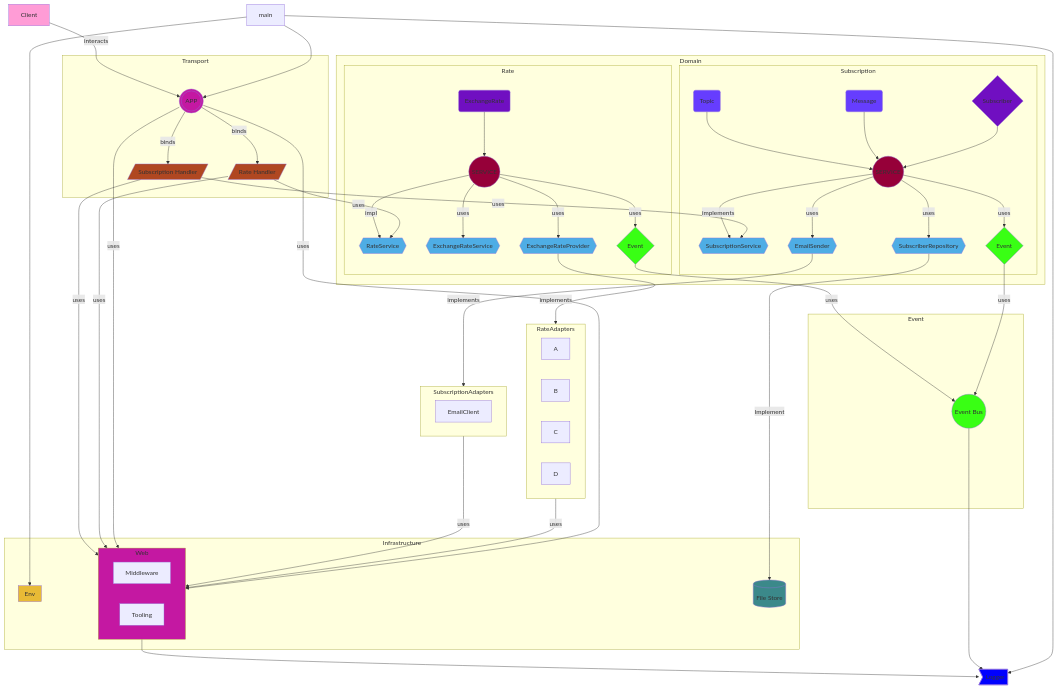
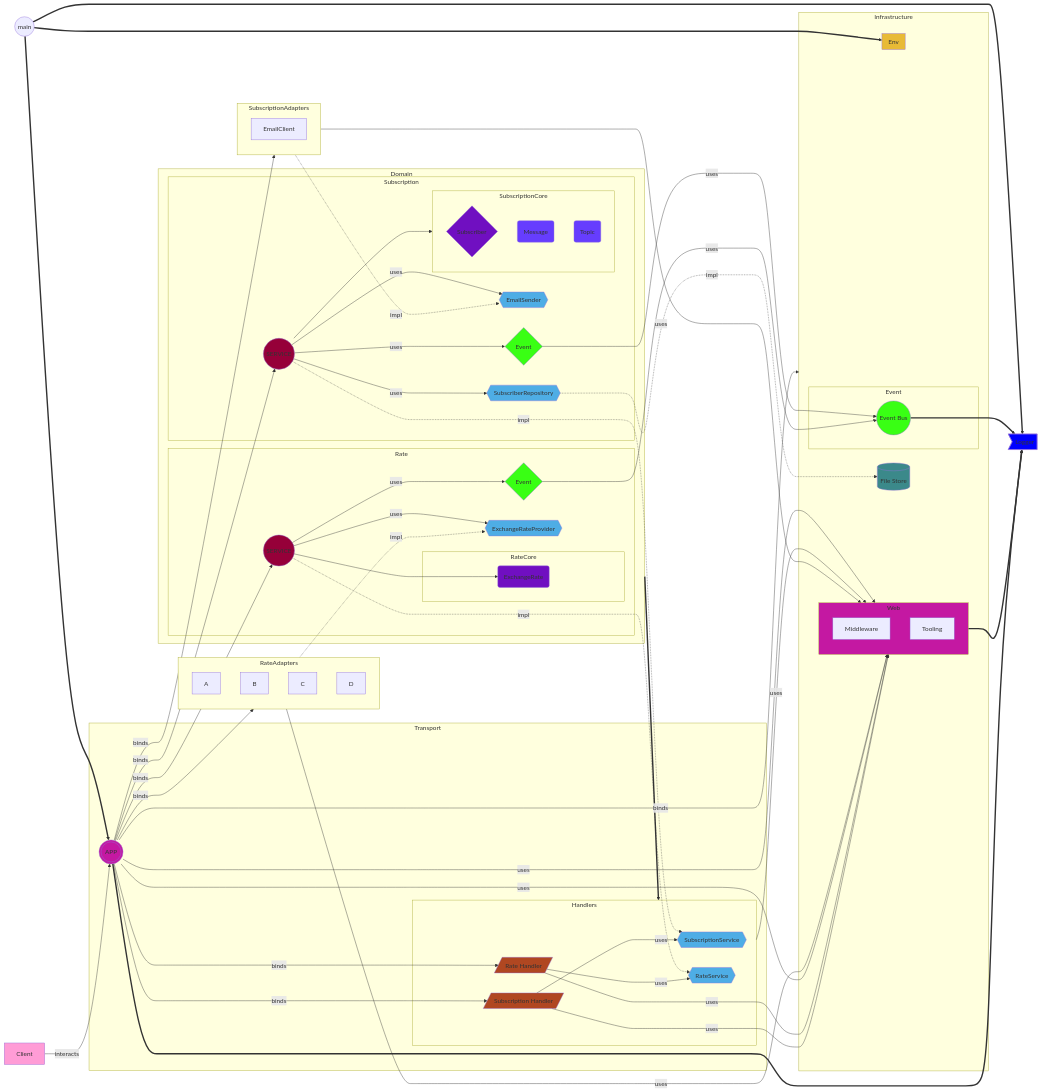
The diagram in README.md (delveper/xrate), drawn with Mermaid before and after one commit.

Commit message:
refactor: interface relations

````diff
--- a/README.md
+++ b/README.md
@@ -85,58 +85,68 @@
 ```mermaid
-graph TD
-    main --> App
-    main --> Env
-    main --> Logger>Logger]
-    EventBus --> Logger
-    Web --> Logger
-    App -->|uses| Web
-
-    subgraph "Transport"
+graph LR 
+    main((main)) ==> App
+    main ==> Env
+    main & EventBus & Web & App ==> Logger>Logger]
+    App & Handlers & SubscriptionAdapters & RateAdapters --> |uses| Web
+    App -->|binds| RateService & SubscriptionService & Infrastructure & RateAdapters & SubscriptionAdapters
+    Domain ==> Handlers
+    
+    RateAdapters -.->|impl| ExchangeRateProvider
+    SubscriptionAdapters -.->|impl| EmailSender
+    SubscriptionService -.->|impl| SubscriptionServiceInterface
+    RateService -.->|impl| RateServiceInterface
+    
+    subgraph Transport
         App((APP)) -->|binds| RateHandlers[Rate Handlers]
-        App((APP)) -->|binds| SubscriptionHandlers[Subscription Handlers]
+        App -->|binds| SubscriptionHandlers[Subscription Handlers]
+        subgraph Handlers
+            RateHandlers -->|uses| RateServiceInterface{{RateService}}
+            SubscriptionHandlers -->|uses| SubscriptionServiceInterface{{SubscriptionService}}
+        end
     end
-    subgraph "Domain"
-        subgraph "Rate"
-            ExchangeRate(ExchangeRate) --> RateService((SERVICE))
-            RateHandlers -->|uses| RateServiceInterface{{RateService}}
-            RateService((SERVICE)) -->|impl| RateServiceInterface{{RateService}}
-            RateService((SERVICE)) -->|uses| ExchangeRateServiceInterface{{ExchangeRateService}}
-            RateService((SERVICE)) -->|uses| RateEvent
-            RateService((SERVICE)) -->|uses| ExchangeRateProvider{{ExchangeRateProvider}}
+    subgraph Domain
+        subgraph Rate
+            subgraph RateCore 
+                ExchangeRate(ExchangeRate)
+            end
+            RateService((SERVICE)) --> ExchangeRate
+            RateService -->|uses| RateEvent
+            RateService -->|uses| ExchangeRateProvider{{ExchangeRateProvider}}
         end
-        subgraph "Subscription"
-            SubscriberEntity{Subscriber} --> SubscriptionService((SERVICE))
-            MessageEntity(Message) --> SubscriptionService((SERVICE))
-            TopicEntity(Topic) --> SubscriptionService((SERVICE))
-            SubscriptionHandlers -->|uses| SubscriptionServiceInterface{{SubscriptionService}}
-            SubscriptionService((SERVICE)) -->|implements| SubscriptionServiceInterface
+        subgraph Subscription
+            subgraph SubscriptionCore
+                Subscriber{Subscriber}
+                Message(Message)
+                Topic(Topic)
+            end
+            SubscriptionService((SERVICE)) --> SubscriptionCore
             SubscriptionService -->|uses| Repository{{SubscriberRepository}}
             SubscriptionService -->|uses| EmailSender{{EmailSender}}
             SubscriptionService -->|uses| SubscriptionEvent
 
         end
     end
-
-    ExchangeRateProvider{{ExchangeRateProvider}} -->|implements| RateAdapters
+    
     subgraph RateAdapters
         A
         B
         C
         D
     end
-
-    EmailSender -->|implements| SubscriptionAdapters
+    
     subgraph SubscriptionAdapters
         EmailClient
     end
-    RateAdapters -->|uses| Web[[Web]]
-    SubscriptionAdapters -->|uses| Web[[Web]]
-
-    subgraph "Infrastructure"
-        Repository -->|Implement| FileStore[(File Store)]
+   
+    subgraph Infrastructure
+        Repository -.->|impl| FileStore[(File Store)]
         App((Controller)) -->|uses| Web[[Web]]
         RateHandlers[/Rate Handler/] -->|uses| Web[[Web]]
         SubscriptionHandlers[/Subscription Handler/] -->| uses| Web[[Web]]
+        subgraph Event
+            SubscriptionEvent{Event} -->|uses| EventBus((Event Bus))
+            RateEvent{Event} -->|uses| EventBus((Event Bus))
+        end
         subgraph Web
             Middleware
             Tooling
@@ -145,10 +155,6 @@
         end
     end
 
-    subgraph "Event"
-        SubscriptionEvent{Event} -->|uses| EventBus((Event Bus))
-        RateEvent{Event} -->|uses| EventBus((Event Bus))
-    end
 
     Client[Client] -->|interacts| App(((APP)))
 
@@ -169,13 +175,13 @@
     classDef pack fill:#C418A2; 
     
     class Web pack;
-    class SubscriberEntity,ExchangeRate face;
+    class Subscriber,ExchangeRate face;
     class SubscriptionService,RateService cherry;
     class ExchangeRateProvider,Repository,EmailSender,SubscriptionServiceInterface,RateServiceInterface,RateServiceInterface,ExchangeRateServiceInterface func;
     class FileStore pale;
     class EventBus,RateEvent,SubscriptionEvent green;
     class App pack;
-    class MessageEntity,TopicEntity blues;
+    class Message,Topic blues;
     class SubscriptionHandlers,RateHandlers rust;
     class Logger blue;
     class Env yellow;
````
